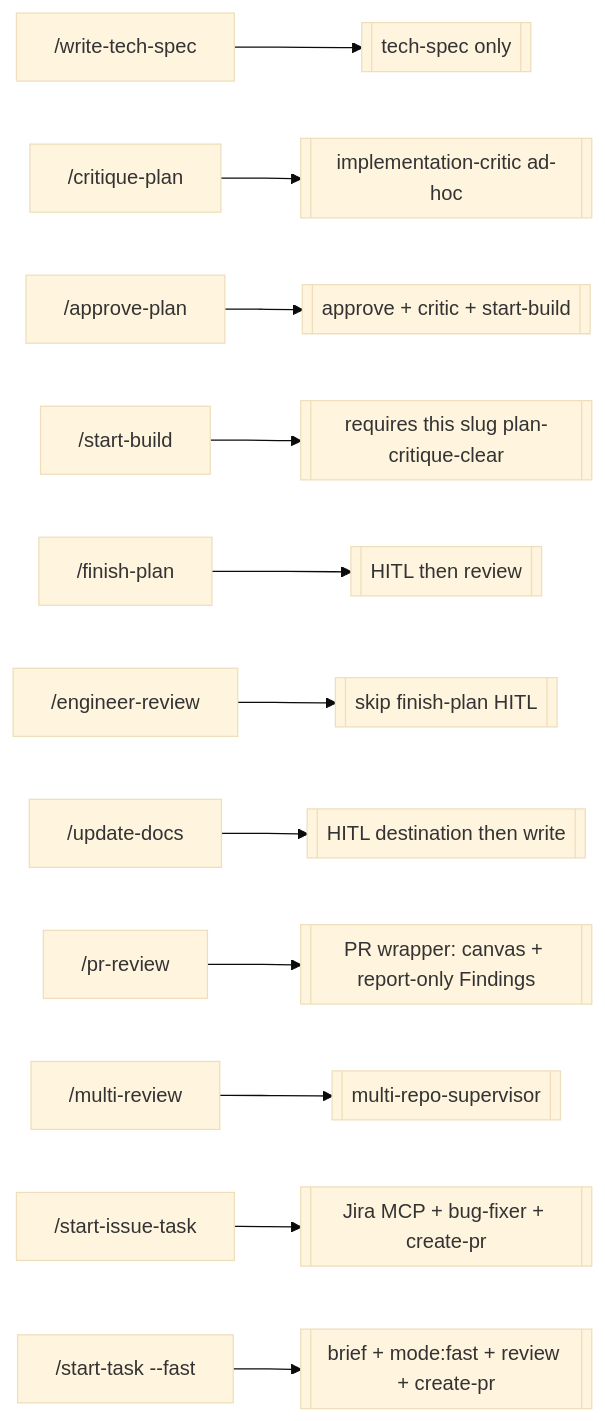
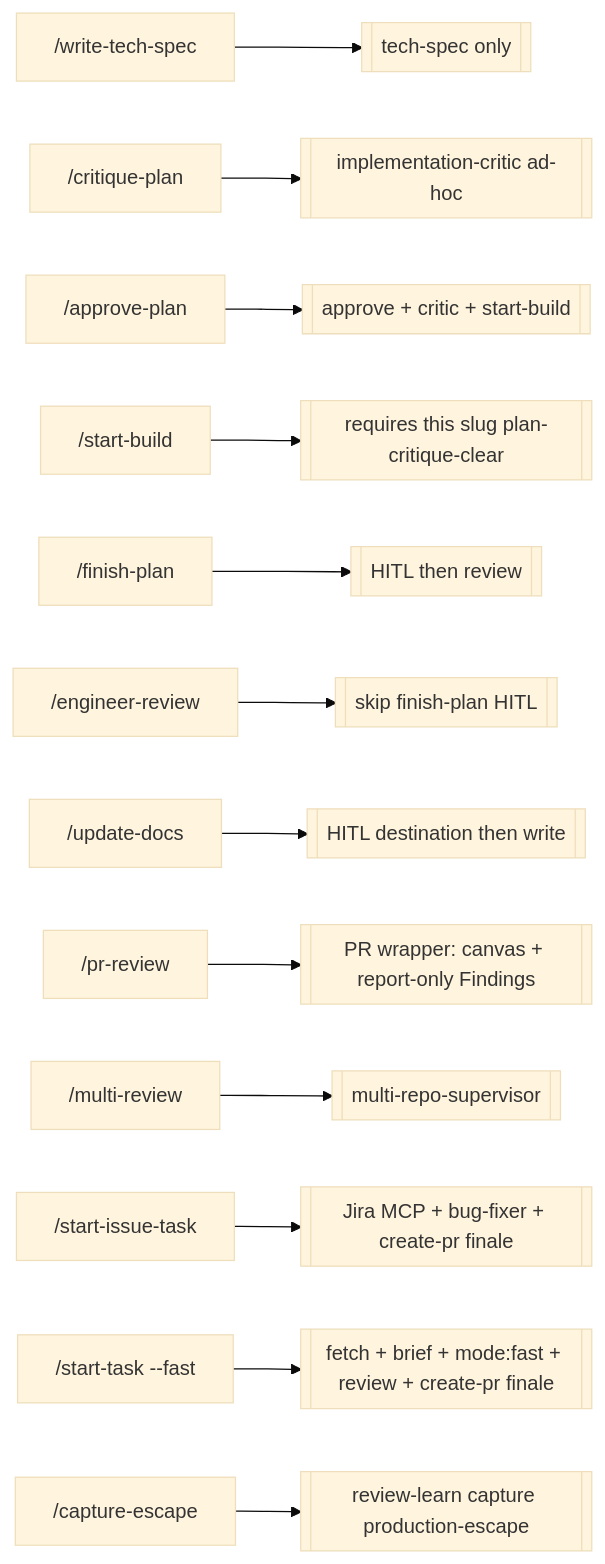
Before and after one commit to a-trembak/cursor-spells: the ninth of 12 diagrams in docs/superpowers/pipeline-flow.md, drawn with Mermaid (base theme). The commit also changed other lines of this file and 4 other files, not shown here.

First line of the commit message:
docs: document Jira router, PR finale, and capture-escape

````diff
--- a/docs/superpowers/pipeline-flow.md
+++ b/docs/superpowers/pipeline-flow.md
@@ -349,14 +368,15 @@
 ```mermaid
 flowchart LR
   writeSpec["/write-tech-spec"] --> techOnly[["tech-spec only"]]
   critique["/critique-plan"] --> criticOnly[["implementation-critic ad-hoc"]]
   approve["/approve-plan"] --> approveFlow[["approve + critic + start-build"]]
   build["/start-build"] --> buildOnly[["requires this slug plan-critique-clear"]]
   finish["/finish-plan"] --> finishFlow[["HITL then review"]]
   eng["/engineer-review"] --> reviewDirect[["skip finish-plan HITL"]]
   docs["/update-docs"] --> docsFlow[["HITL destination then write"]]
   pr["/pr-review"] --> prWrap[["PR wrapper: canvas + report-only Findings"]]
   multi["/multi-review"] --> multiDirect[["multi-repo-supervisor"]]
-  issue["/start-issue-task"] --> issuePipe[["Jira MCP + bug-fixer + create-pr"]]
-  fast["/start-task --fast"] --> fastPipe[["brief + mode:fast + review + create-pr"]]
+  issue["/start-issue-task"] --> issuePipe[["Jira MCP + bug-fixer + create-pr finale"]]
+  fast["/start-task --fast"] --> fastPipe[["fetch + brief + mode:fast + review + create-pr finale"]]
+  escape["/capture-escape"] --> learnPipe[["review-learn capture production-escape"]]
 ```
````
